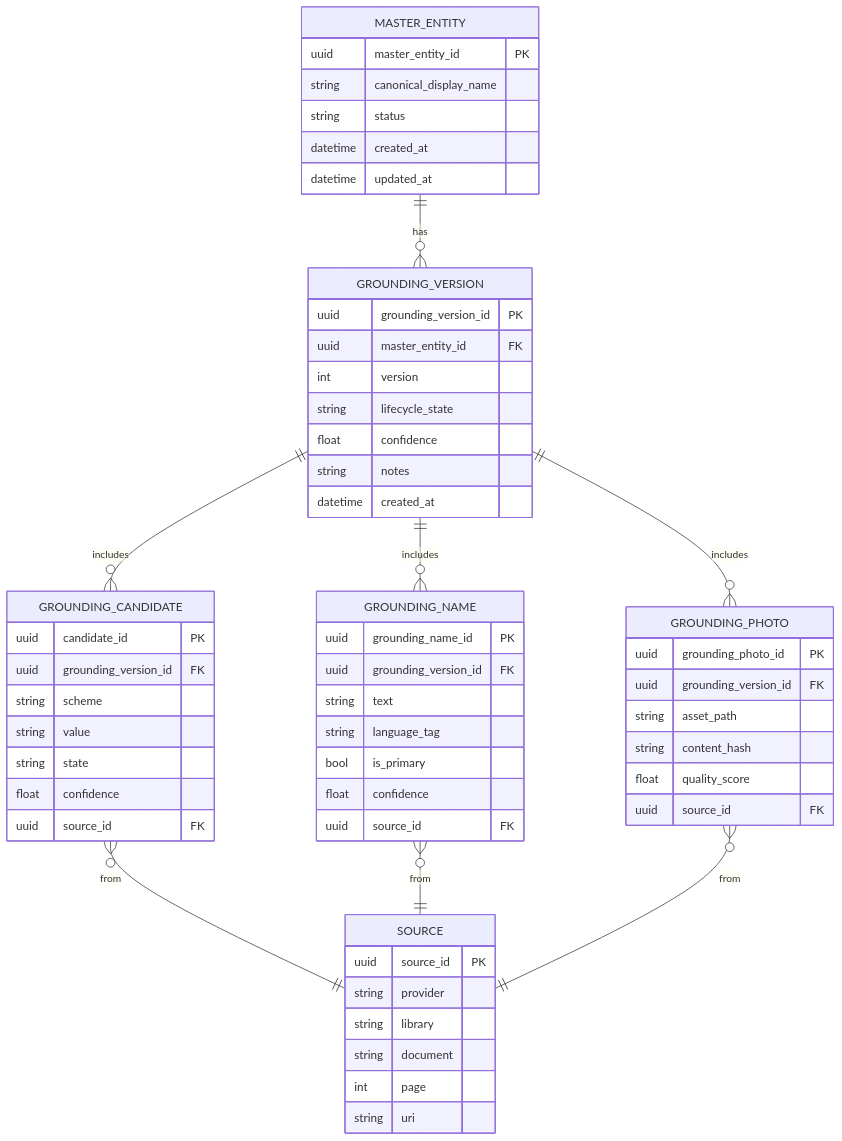
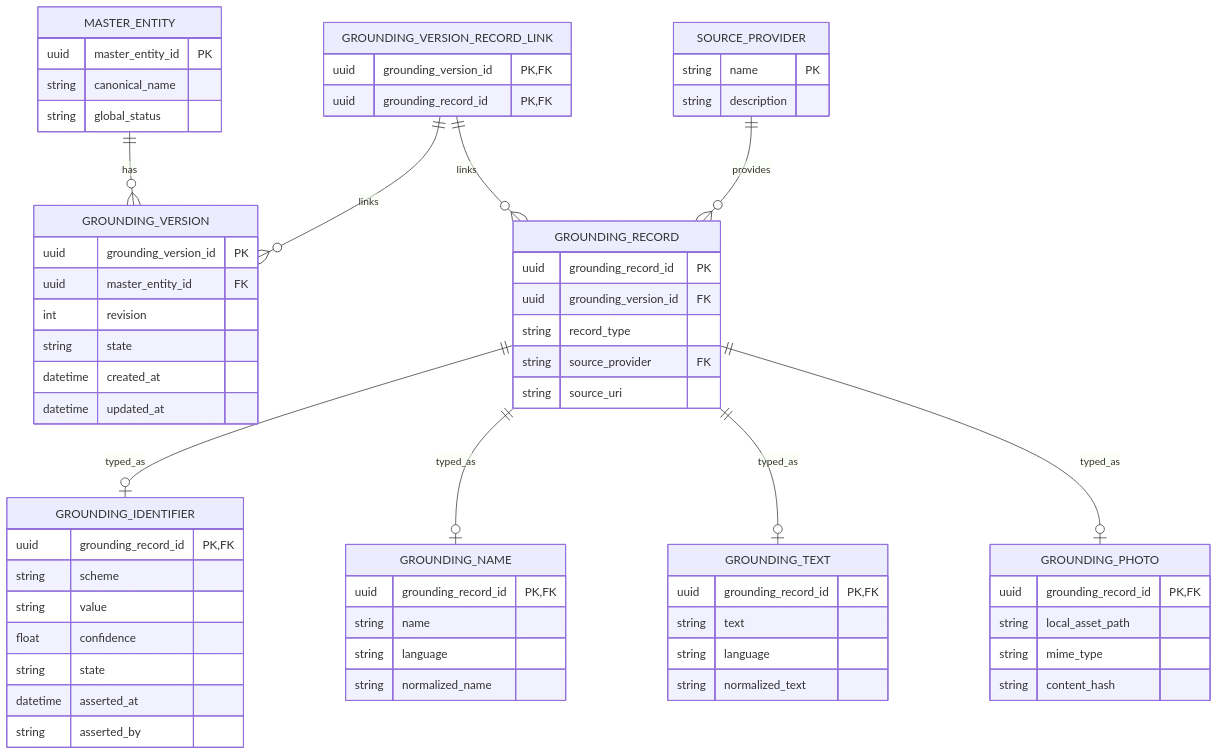
Before and after one commit to DCGM/PeopleGatorApp: the first of 4 diagrams in people-gator-api/docs/02-entity-relations.md, drawn with Mermaid. The commit also changed other lines of this file, not shown here.

Commit message:
Update er schemas to a satisfaction level.

````diff
--- a/people-gator-api/docs/02-entity-relations.md
+++ b/people-gator-api/docs/02-entity-relations.md
@@ -7,66 +7,77 @@
 ```mermaid
 erDiagram
       MASTER_ENTITY ||--o{ GROUNDING_VERSION : has
-      GROUNDING_VERSION ||--o{ GROUNDING_CANDIDATE : includes
-      GROUNDING_VERSION ||--o{ GROUNDING_NAME : includes
-      GROUNDING_VERSION ||--o{ GROUNDING_PHOTO : includes
-      GROUNDING_CANDIDATE }o--|| SOURCE : from
-      GROUNDING_NAME }o--|| SOURCE : from
-      GROUNDING_PHOTO }o--|| SOURCE : from
+      GROUNDING_VERSION_RECORD_LINK ||--o{ GROUNDING_VERSION : links
+      GROUNDING_VERSION_RECORD_LINK ||--o{ GROUNDING_RECORD : links
+      GROUNDING_RECORD ||--o| GROUNDING_IDENTIFIER : typed_as
+      GROUNDING_RECORD ||--o| GROUNDING_NAME : typed_as
+      GROUNDING_RECORD ||--o| GROUNDING_TEXT : typed_as
+      GROUNDING_RECORD ||--o| GROUNDING_PHOTO : typed_as
+
+      SOURCE_PROVIDER ||--o{ GROUNDING_RECORD : provides
+
 
       MASTER_ENTITY {
          uuid master_entity_id PK
-         string canonical_display_name
-         string status
-         datetime created_at
-         datetime updated_at
+         string canonical_name
+         string global_status
       }
 
       GROUNDING_VERSION {
          uuid grounding_version_id PK
          uuid master_entity_id FK
-         int version
-         string lifecycle_state
-         float confidence
-         string notes
+         int revision
+         string state
          datetime created_at
+         datetime updated_at
       }
 
-      GROUNDING_CANDIDATE {
-         uuid candidate_id PK
+      GROUNDING_VERSION_RECORD_LINK {
+         uuid grounding_version_id PK, FK
+         uuid grounding_record_id PK, FK
+      }
+
+      GROUNDING_RECORD {
+         uuid grounding_record_id PK
          uuid grounding_version_id FK
+         string record_type
+         string source_provider FK
+         string source_uri
+      }
+
+      GROUNDING_IDENTIFIER {
+         uuid grounding_record_id PK, FK
          string scheme
          string value
+         float confidence
          string state
-         float confidence
-         uuid source_id FK
+         datetime asserted_at
+         string asserted_by
       }
 
       GROUNDING_NAME {
-         uuid grounding_name_id PK
-         uuid grounding_version_id FK
+         uuid grounding_record_id PK, FK
+         string name
+         string language
+         string normalized_name
+      }
+
+      GROUNDING_TEXT {
+         uuid grounding_record_id PK, FK
          string text
-         string language_tag
-         bool is_primary
-         float confidence
-         uuid source_id FK
+         string language
+         string normalized_text
       }
 
       GROUNDING_PHOTO {
-         uuid grounding_photo_id PK
-         uuid grounding_version_id FK
-         string asset_path
+         uuid grounding_record_id PK, FK
+         string local_asset_path
+         string mime_type
          string content_hash
-         float quality_score
-         uuid source_id FK
       }
 
-      SOURCE {
-         uuid source_id PK
-         string provider
-         string library
-         string document
-         int page
-         string uri
+      SOURCE_PROVIDER {
+         string name PK
+         string description
       }
 ```
````
